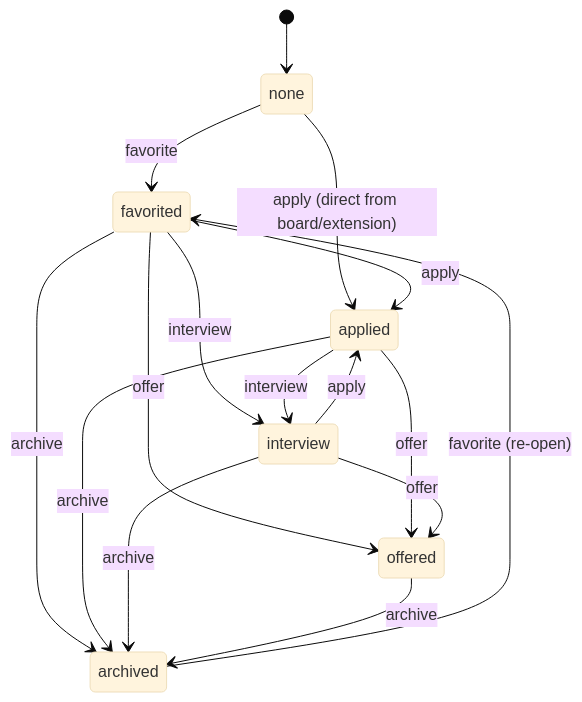
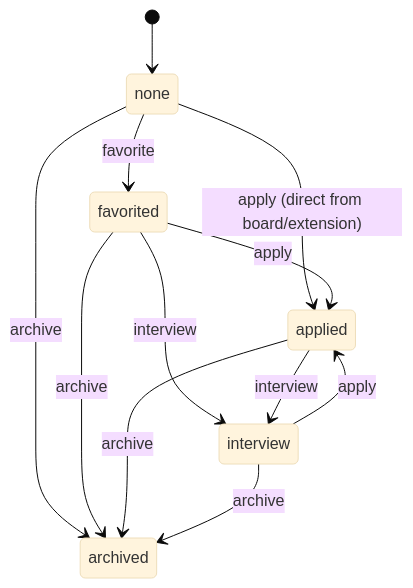
One commit to wwworkremote/core changed the second of 3 diagrams in docs/architecture/pipeline-statechart.md. Above: the diagram before and after it, drawn with Mermaid (base theme). The commit also changed other lines of this file and 38 other files, not shown here.

````diff
--- a/docs/architecture/pipeline-statechart.md
+++ b/docs/architecture/pipeline-statechart.md
@@ -41,18 +48,14 @@
 ```mermaid
 stateDiagram-v2
     [*] --> none
     none --> favorited: favorite
     none --> applied: apply (direct from board/extension)
     favorited --> applied: apply
     favorited --> interview: interview
     applied --> interview: interview
     interview --> applied: apply
-    favorited --> offered: offer
-    applied --> offered: offer
-    interview --> offered: offer
+    none --> archived: archive
     favorited --> archived: archive
     applied --> archived: archive
     interview --> archived: archive
-    offered --> archived: archive
-    archived --> favorited: favorite (re-open)
 ```
````
